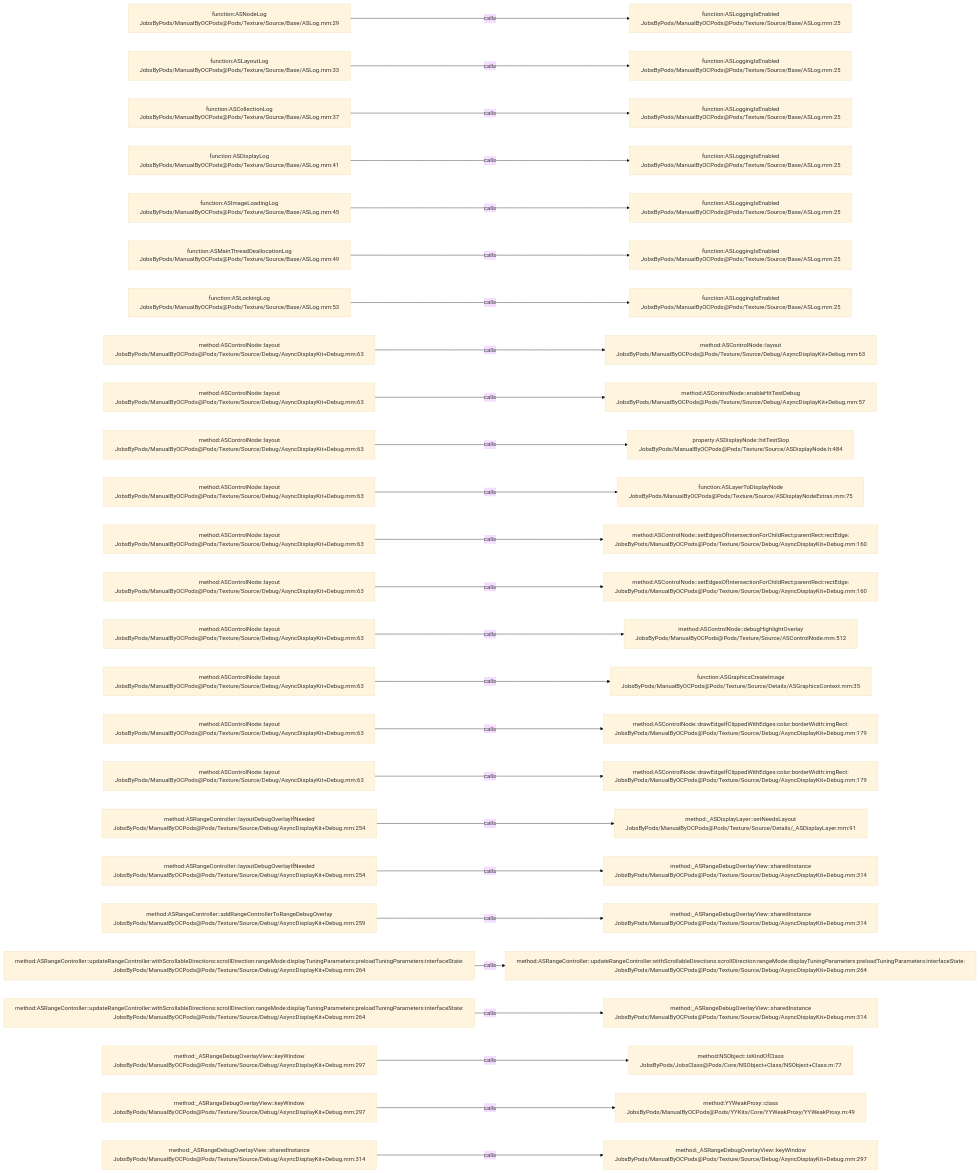
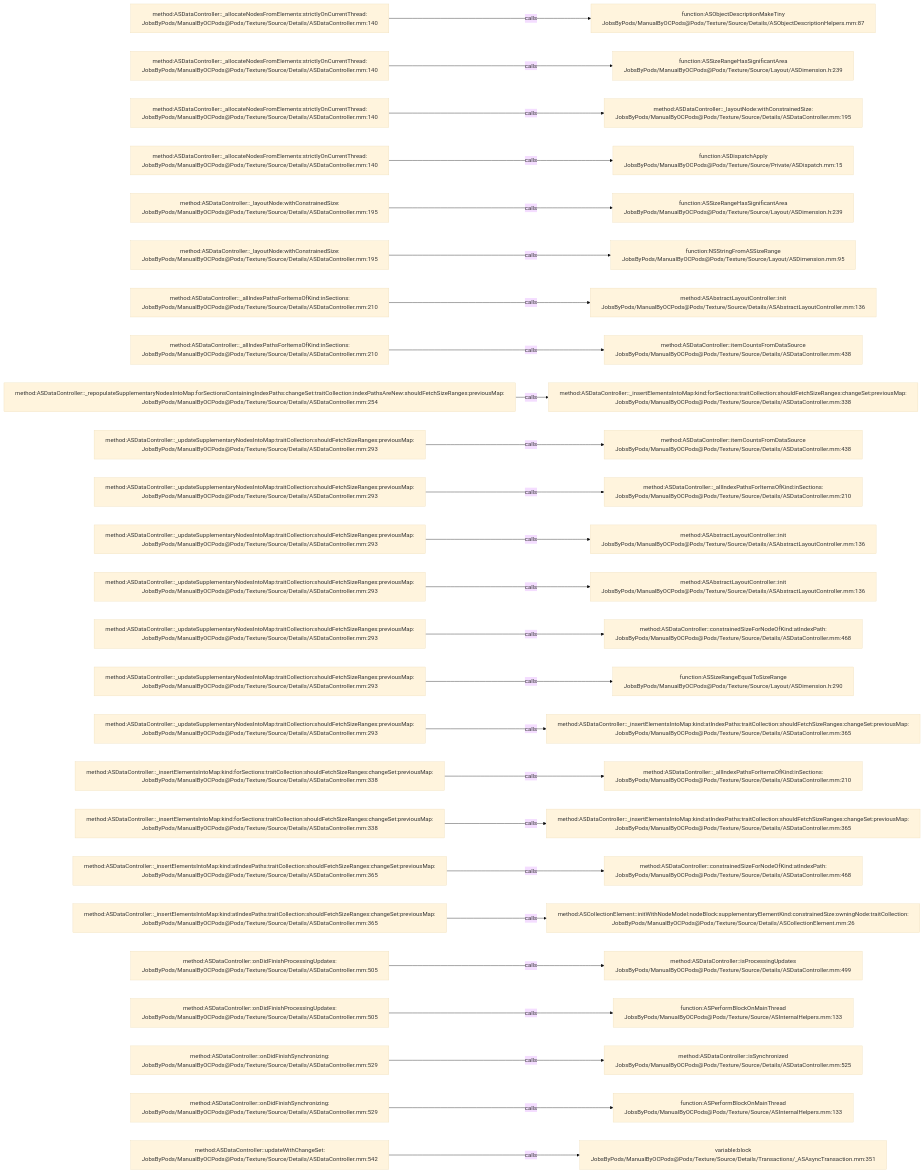
The diagram in .codegraph/codegraph.md/graphs/calls-146.md (JobsKits/JobsOCBaseConfigDemo), drawn with Mermaid (base theme) before and after one commit. The commit also changed 1448 other files, not shown here.

````diff
--- a/.codegraph/codegraph.md/graphs/calls-146.md
+++ b/.codegraph/codegraph.md/graphs/calls-146.md
@@ -13,78 +13,78 @@
 ```mermaid
 flowchart LR
-  S1["function:ASNodeLog<br/>JobsByPods/ManualByOCPods@Pods/Texture/Source/Base/ASLog.mm:29"]
-  T1["function:ASLoggingIsEnabled<br/>JobsByPods/ManualByOCPods@Pods/Texture/Source/Base/ASLog.mm:25"]
+  S1["method:ASDataController::_allocateNodesFromElements:strictlyOnCurrentThread:<br/>JobsByPods/ManualByOCPods@Pods/Texture/Source/Details/ASDataController.mm:140"]
+  T1["function:ASObjectDescriptionMakeTiny<br/>JobsByPods/ManualByOCPods@Pods/Texture/Source/Details/ASObjectDescriptionHelpers.mm:87"]
   S1 -->|calls| T1
-  S2["function:ASLayoutLog<br/>JobsByPods/ManualByOCPods@Pods/Texture/Source/Base/ASLog.mm:33"]
-  T2["function:ASLoggingIsEnabled<br/>JobsByPods/ManualByOCPods@Pods/Texture/Source/Base/ASLog.mm:25"]
+  S2["method:ASDataController::_allocateNodesFromElements:strictlyOnCurrentThread:<br/>JobsByPods/ManualByOCPods@Pods/Texture/Source/Details/ASDataController.mm:140"]
+  T2["function:ASSizeRangeHasSignificantArea<br/>JobsByPods/ManualByOCPods@Pods/Texture/Source/Layout/ASDimension.h:239"]
   S2 -->|calls| T2
-  S3["function:ASCollectionLog<br/>JobsByPods/ManualByOCPods@Pods/Texture/Source/Base/ASLog.mm:37"]
-  T3["function:ASLoggingIsEnabled<br/>JobsByPods/ManualByOCPods@Pods/Texture/Source/Base/ASLog.mm:25"]
+  S3["method:ASDataController::_allocateNodesFromElements:strictlyOnCurrentThread:<br/>JobsByPods/ManualByOCPods@Pods/Texture/Source/Details/ASDataController.mm:140"]
+  T3["method:ASDataController::_layoutNode:withConstrainedSize:<br/>JobsByPods/ManualByOCPods@Pods/Texture/Source/Details/ASDataController.mm:195"]
   S3 -->|calls| T3
-  S4["function:ASDisplayLog<br/>JobsByPods/ManualByOCPods@Pods/Texture/Source/Base/ASLog.mm:41"]
-  T4["function:ASLoggingIsEnabled<br/>JobsByPods/ManualByOCPods@Pods/Texture/Source/Base/ASLog.mm:25"]
+  S4["method:ASDataController::_allocateNodesFromElements:strictlyOnCurrentThread:<br/>JobsByPods/ManualByOCPods@Pods/Texture/Source/Details/ASDataController.mm:140"]
+  T4["function:ASDispatchApply<br/>JobsByPods/ManualByOCPods@Pods/Texture/Source/Private/ASDispatch.mm:15"]
   S4 -->|calls| T4
-  S5["function:ASImageLoadingLog<br/>JobsByPods/ManualByOCPods@Pods/Texture/Source/Base/ASLog.mm:45"]
-  T5["function:ASLoggingIsEnabled<br/>JobsByPods/ManualByOCPods@Pods/Texture/Source/Base/ASLog.mm:25"]
+  S5["method:ASDataController::_layoutNode:withConstrainedSize:<br/>JobsByPods/ManualByOCPods@Pods/Texture/Source/Details/ASDataController.mm:195"]
+  T5["function:ASSizeRangeHasSignificantArea<br/>JobsByPods/ManualByOCPods@Pods/Texture/Source/Layout/ASDimension.h:239"]
   S5 -->|calls| T5
-  S6["function:ASMainThreadDeallocationLog<br/>JobsByPods/ManualByOCPods@Pods/Texture/Source/Base/ASLog.mm:49"]
-  T6["function:ASLoggingIsEnabled<br/>JobsByPods/ManualByOCPods@Pods/Texture/Source/Base/ASLog.mm:25"]
+  S6["method:ASDataController::_layoutNode:withConstrainedSize:<br/>JobsByPods/ManualByOCPods@Pods/Texture/Source/Details/ASDataController.mm:195"]
+  T6["function:NSStringFromASSizeRange<br/>JobsByPods/ManualByOCPods@Pods/Texture/Source/Layout/ASDimension.mm:95"]
   S6 -->|calls| T6
-  S7["function:ASLockingLog<br/>JobsByPods/ManualByOCPods@Pods/Texture/Source/Base/ASLog.mm:53"]
-  T7["function:ASLoggingIsEnabled<br/>JobsByPods/ManualByOCPods@Pods/Texture/Source/Base/ASLog.mm:25"]
+  S7["method:ASDataController::_allIndexPathsForItemsOfKind:inSections:<br/>JobsByPods/ManualByOCPods@Pods/Texture/Source/Details/ASDataController.mm:210"]
+  T7["method:ASAbstractLayoutController::init<br/>JobsByPods/ManualByOCPods@Pods/Texture/Source/Details/ASAbstractLayoutController.mm:136"]
   S7 -->|calls| T7
-  S8["method:ASControlNode::layout<br/>JobsByPods/ManualByOCPods@Pods/Texture/Source/Debug/AsyncDisplayKit+Debug.mm:63"]
-  T8["method:ASControlNode::layout<br/>JobsByPods/ManualByOCPods@Pods/Texture/Source/Debug/AsyncDisplayKit+Debug.mm:63"]
+  S8["method:ASDataController::_allIndexPathsForItemsOfKind:inSections:<br/>JobsByPods/ManualByOCPods@Pods/Texture/Source/Details/ASDataController.mm:210"]
+  T8["method:ASDataController::itemCountsFromDataSource<br/>JobsByPods/ManualByOCPods@Pods/Texture/Source/Details/ASDataController.mm:438"]
   S8 -->|calls| T8
-  S9["method:ASControlNode::layout<br/>JobsByPods/ManualByOCPods@Pods/Texture/Source/Debug/AsyncDisplayKit+Debug.mm:63"]
-  T9["method:ASControlNode::enableHitTestDebug<br/>JobsByPods/ManualByOCPods@Pods/Texture/Source/Debug/AsyncDisplayKit+Debug.mm:57"]
+  S9["method:ASDataController::_repopulateSupplementaryNodesIntoMap:forSectionsContainingIndexPaths:changeSet:traitCollection:indexPathsAreNew:shouldFetchSizeRanges:previousMap:<br/>JobsByPods/ManualByOCPods@Pods/Texture/Source/Details/ASDataController.mm:254"]
+  T9["method:ASDataController::_insertElementsIntoMap:kind:forSections:traitCollection:shouldFetchSizeRanges:changeSet:previousMap:<br/>JobsByPods/ManualByOCPods@Pods/Texture/Source/Details/ASDataController.mm:338"]
   S9 -->|calls| T9
-  S10["method:ASControlNode::layout<br/>JobsByPods/ManualByOCPods@Pods/Texture/Source/Debug/AsyncDisplayKit+Debug.mm:63"]
-  T10["property:ASDisplayNode::hitTestSlop<br/>JobsByPods/ManualByOCPods@Pods/Texture/Source/ASDisplayNode.h:484"]
+  S10["method:ASDataController::_updateSupplementaryNodesIntoMap:traitCollection:shouldFetchSizeRanges:previousMap:<br/>JobsByPods/ManualByOCPods@Pods/Texture/Source/Details/ASDataController.mm:293"]
+  T10["method:ASDataController::itemCountsFromDataSource<br/>JobsByPods/ManualByOCPods@Pods/Texture/Source/Details/ASDataController.mm:438"]
   S10 -->|calls| T10
-  S11["method:ASControlNode::layout<br/>JobsByPods/ManualByOCPods@Pods/Texture/Source/Debug/AsyncDisplayKit+Debug.mm:63"]
-  T11["function:ASLayerToDisplayNode<br/>JobsByPods/ManualByOCPods@Pods/Texture/Source/ASDisplayNodeExtras.mm:75"]
+  S11["method:ASDataController::_updateSupplementaryNodesIntoMap:traitCollection:shouldFetchSizeRanges:previousMap:<br/>JobsByPods/ManualByOCPods@Pods/Texture/Source/Details/ASDataController.mm:293"]
+  T11["method:ASDataController::_allIndexPathsForItemsOfKind:inSections:<br/>JobsByPods/ManualByOCPods@Pods/Texture/Source/Details/ASDataController.mm:210"]
   S11 -->|calls| T11
-  S12["method:ASControlNode::layout<br/>JobsByPods/ManualByOCPods@Pods/Texture/Source/Debug/AsyncDisplayKit+Debug.mm:63"]
-  T12["method:ASControlNode::setEdgesOfIntersectionForChildRect:parentRect:rectEdge:<br/>JobsByPods/ManualByOCPods@Pods/Texture/Source/Debug/AsyncDisplayKit+Debug.mm:160"]
+  S12["method:ASDataController::_updateSupplementaryNodesIntoMap:traitCollection:shouldFetchSizeRanges:previousMap:<br/>JobsByPods/ManualByOCPods@Pods/Texture/Source/Details/ASDataController.mm:293"]
+  T12["method:ASAbstractLayoutController::init<br/>JobsByPods/ManualByOCPods@Pods/Texture/Source/Details/ASAbstractLayoutController.mm:136"]
   S12 -->|calls| T12
-  S13["method:ASControlNode::layout<br/>JobsByPods/ManualByOCPods@Pods/Texture/Source/Debug/AsyncDisplayKit+Debug.mm:63"]
-  T13["method:ASControlNode::setEdgesOfIntersectionForChildRect:parentRect:rectEdge:<br/>JobsByPods/ManualByOCPods@Pods/Texture/Source/Debug/AsyncDisplayKit+Debug.mm:160"]
+  S13["method:ASDataController::_updateSupplementaryNodesIntoMap:traitCollection:shouldFetchSizeRanges:previousMap:<br/>JobsByPods/ManualByOCPods@Pods/Texture/Source/Details/ASDataController.mm:293"]
+  T13["method:ASAbstractLayoutController::init<br/>JobsByPods/ManualByOCPods@Pods/Texture/Source/Details/ASAbstractLayoutController.mm:136"]
   S13 -->|calls| T13
-  S14["method:ASControlNode::layout<br/>JobsByPods/ManualByOCPods@Pods/Texture/Source/Debug/AsyncDisplayKit+Debug.mm:63"]
-  T14["method:ASControlNode::debugHighlightOverlay<br/>JobsByPods/ManualByOCPods@Pods/Texture/Source/ASControlNode.mm:512"]
+  S14["method:ASDataController::_updateSupplementaryNodesIntoMap:traitCollection:shouldFetchSizeRanges:previousMap:<br/>JobsByPods/ManualByOCPods@Pods/Texture/Source/Details/ASDataController.mm:293"]
+  T14["method:ASDataController::constrainedSizeForNodeOfKind:atIndexPath:<br/>JobsByPods/ManualByOCPods@Pods/Texture/Source/Details/ASDataController.mm:468"]
   S14 -->|calls| T14
-  S15["method:ASControlNode::layout<br/>JobsByPods/ManualByOCPods@Pods/Texture/Source/Debug/AsyncDisplayKit+Debug.mm:63"]
-  T15["function:ASGraphicsCreateImage<br/>JobsByPods/ManualByOCPods@Pods/Texture/Source/Details/ASGraphicsContext.mm:35"]
+  S15["method:ASDataController::_updateSupplementaryNodesIntoMap:traitCollection:shouldFetchSizeRanges:previousMap:<br/>JobsByPods/ManualByOCPods@Pods/Texture/Source/Details/ASDataController.mm:293"]
+  T15["function:ASSizeRangeEqualToSizeRange<br/>JobsByPods/ManualByOCPods@Pods/Texture/Source/Layout/ASDimension.h:290"]
   S15 -->|calls| T15
-  S16["method:ASControlNode::layout<br/>JobsByPods/ManualByOCPods@Pods/Texture/Source/Debug/AsyncDisplayKit+Debug.mm:63"]
-  T16["method:ASControlNode::drawEdgeIfClippedWithEdges:color:borderWidth:imgRect:<br/>JobsByPods/ManualByOCPods@Pods/Texture/Source/Debug/AsyncDisplayKit+Debug.mm:179"]
+  S16["method:ASDataController::_updateSupplementaryNodesIntoMap:traitCollection:shouldFetchSizeRanges:previousMap:<br/>JobsByPods/ManualByOCPods@Pods/Texture/Source/Details/ASDataController.mm:293"]
+  T16["method:ASDataController::_insertElementsIntoMap:kind:atIndexPaths:traitCollection:shouldFetchSizeRanges:changeSet:previousMap:<br/>JobsByPods/ManualByOCPods@Pods/Texture/Source/Details/ASDataController.mm:365"]
   S16 -->|calls| T16
-  S17["method:ASControlNode::layout<br/>JobsByPods/ManualByOCPods@Pods/Texture/Source/Debug/AsyncDisplayKit+Debug.mm:63"]
-  T17["method:ASControlNode::drawEdgeIfClippedWithEdges:color:borderWidth:imgRect:<br/>JobsByPods/ManualByOCPods@Pods/Texture/Source/Debug/AsyncDisplayKit+Debug.mm:179"]
+  S17["method:ASDataController::_insertElementsIntoMap:kind:forSections:traitCollection:shouldFetchSizeRanges:changeSet:previousMap:<br/>JobsByPods/ManualByOCPods@Pods/Texture/Source/Details/ASDataController.mm:338"]
+  T17["method:ASDataController::_allIndexPathsForItemsOfKind:inSections:<br/>JobsByPods/ManualByOCPods@Pods/Texture/Source/Details/ASDataController.mm:210"]
   S17 -->|calls| T17
-  S18["method:ASRangeController::layoutDebugOverlayIfNeeded<br/>JobsByPods/ManualByOCPods@Pods/Texture/Source/Debug/AsyncDisplayKit+Debug.mm:254"]
-  T18["method:_ASDisplayLayer::setNeedsLayout<br/>JobsByPods/ManualByOCPods@Pods/Texture/Source/Details/_ASDisplayLayer.mm:91"]
+  S18["method:ASDataController::_insertElementsIntoMap:kind:forSections:traitCollection:shouldFetchSizeRanges:changeSet:previousMap:<br/>JobsByPods/ManualByOCPods@Pods/Texture/Source/Details/ASDataController.mm:338"]
+  T18["method:ASDataController::_insertElementsIntoMap:kind:atIndexPaths:traitCollection:shouldFetchSizeRanges:changeSet:previousMap:<br/>JobsByPods/ManualByOCPods@Pods/Texture/Source/Details/ASDataController.mm:365"]
   S18 -->|calls| T18
-  S19["method:ASRangeController::layoutDebugOverlayIfNeeded<br/>JobsByPods/ManualByOCPods@Pods/Texture/Source/Debug/AsyncDisplayKit+Debug.mm:254"]
-  T19["method:_ASRangeDebugOverlayView::sharedInstance<br/>JobsByPods/ManualByOCPods@Pods/Texture/Source/Debug/AsyncDisplayKit+Debug.mm:314"]
+  S19["method:ASDataController::_insertElementsIntoMap:kind:atIndexPaths:traitCollection:shouldFetchSizeRanges:changeSet:previousMap:<br/>JobsByPods/ManualByOCPods@Pods/Texture/Source/Details/ASDataController.mm:365"]
+  T19["method:ASDataController::constrainedSizeForNodeOfKind:atIndexPath:<br/>JobsByPods/ManualByOCPods@Pods/Texture/Source/Details/ASDataController.mm:468"]
   S19 -->|calls| T19
-  S20["method:ASRangeController::addRangeControllerToRangeDebugOverlay<br/>JobsByPods/ManualByOCPods@Pods/Texture/Source/Debug/AsyncDisplayKit+Debug.mm:259"]
-  T20["method:_ASRangeDebugOverlayView::sharedInstance<br/>JobsByPods/ManualByOCPods@Pods/Texture/Source/Debug/AsyncDisplayKit+Debug.mm:314"]
+  S20["method:ASDataController::_insertElementsIntoMap:kind:atIndexPaths:traitCollection:shouldFetchSizeRanges:changeSet:previousMap:<br/>JobsByPods/ManualByOCPods@Pods/Texture/Source/Details/ASDataController.mm:365"]
+  T20["method:ASCollectionElement::initWithNodeModel:nodeBlock:supplementaryElementKind:constrainedSize:owningNode:traitCollection:<br/>JobsByPods/ManualByOCPods@Pods/Texture/Source/Details/ASCollectionElement.mm:26"]
   S20 -->|calls| T20
-  S21["method:ASRangeController::updateRangeController:withScrollableDirections:scrollDirection:rangeMode:displayTuningParameters:preloadTuningParameters:interfaceState:<br/>JobsByPods/ManualByOCPods@Pods/Texture/Source/Debug/AsyncDisplayKit+Debug.mm:264"]
-  T21["method:ASRangeController::updateRangeController:withScrollableDirections:scrollDirection:rangeMode:displayTuningParameters:preloadTuningParameters:interfaceState:<br/>JobsByPods/ManualByOCPods@Pods/Texture/Source/Debug/AsyncDisplayKit+Debug.mm:264"]
+  S21["method:ASDataController::onDidFinishProcessingUpdates:<br/>JobsByPods/ManualByOCPods@Pods/Texture/Source/Details/ASDataController.mm:505"]
+  T21["method:ASDataController::isProcessingUpdates<br/>JobsByPods/ManualByOCPods@Pods/Texture/Source/Details/ASDataController.mm:499"]
   S21 -->|calls| T21
-  S22["method:ASRangeController::updateRangeController:withScrollableDirections:scrollDirection:rangeMode:displayTuningParameters:preloadTuningParameters:interfaceState:<br/>JobsByPods/ManualByOCPods@Pods/Texture/Source/Debug/AsyncDisplayKit+Debug.mm:264"]
-  T22["method:_ASRangeDebugOverlayView::sharedInstance<br/>JobsByPods/ManualByOCPods@Pods/Texture/Source/Debug/AsyncDisplayKit+Debug.mm:314"]
+  S22["method:ASDataController::onDidFinishProcessingUpdates:<br/>JobsByPods/ManualByOCPods@Pods/Texture/Source/Details/ASDataController.mm:505"]
+  T22["function:ASPerformBlockOnMainThread<br/>JobsByPods/ManualByOCPods@Pods/Texture/Source/ASInternalHelpers.mm:133"]
   S22 -->|calls| T22
-  S23["method:_ASRangeDebugOverlayView::keyWindow<br/>JobsByPods/ManualByOCPods@Pods/Texture/Source/Debug/AsyncDisplayKit+Debug.mm:297"]
-  T23["method:NSObject::isKindOfClass<br/>JobsByPods/JobsClass@Pods/Core/NSObject+Class/NSObject+Class.m:77"]
+  S23["method:ASDataController::onDidFinishSynchronizing:<br/>JobsByPods/ManualByOCPods@Pods/Texture/Source/Details/ASDataController.mm:529"]
+  T23["method:ASDataController::isSynchronized<br/>JobsByPods/ManualByOCPods@Pods/Texture/Source/Details/ASDataController.mm:525"]
   S23 -->|calls| T23
-  S24["method:_ASRangeDebugOverlayView::keyWindow<br/>JobsByPods/ManualByOCPods@Pods/Texture/Source/Debug/AsyncDisplayKit+Debug.mm:297"]
-  T24["method:YYWeakProxy::class<br/>JobsByPods/ManualByOCPods@Pods/YYKits/Core/YYWeakProxy/YYWeakProxy.m:49"]
+  S24["method:ASDataController::onDidFinishSynchronizing:<br/>JobsByPods/ManualByOCPods@Pods/Texture/Source/Details/ASDataController.mm:529"]
+  T24["function:ASPerformBlockOnMainThread<br/>JobsByPods/ManualByOCPods@Pods/Texture/Source/ASInternalHelpers.mm:133"]
   S24 -->|calls| T24
-  S25["method:_ASRangeDebugOverlayView::sharedInstance<br/>JobsByPods/ManualByOCPods@Pods/Texture/Source/Debug/AsyncDisplayKit+Debug.mm:314"]
-  T25["method:_ASRangeDebugOverlayView::keyWindow<br/>JobsByPods/ManualByOCPods@Pods/Texture/Source/Debug/AsyncDisplayKit+Debug.mm:297"]
+  S25["method:ASDataController::updateWithChangeSet:<br/>JobsByPods/ManualByOCPods@Pods/Texture/Source/Details/ASDataController.mm:542"]
+  T25["variable:block<br/>JobsByPods/ManualByOCPods@Pods/Texture/Source/Details/Transactions/_ASAsyncTransaction.mm:351"]
   S25 -->|calls| T25
 ```
````
